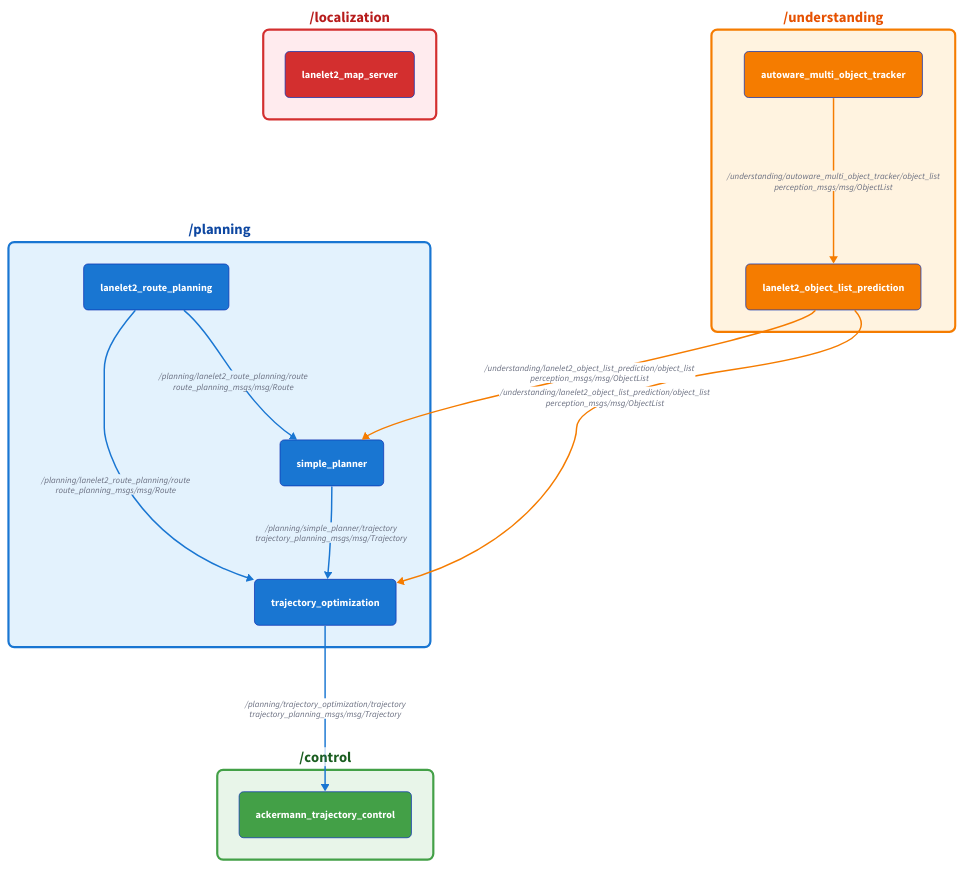
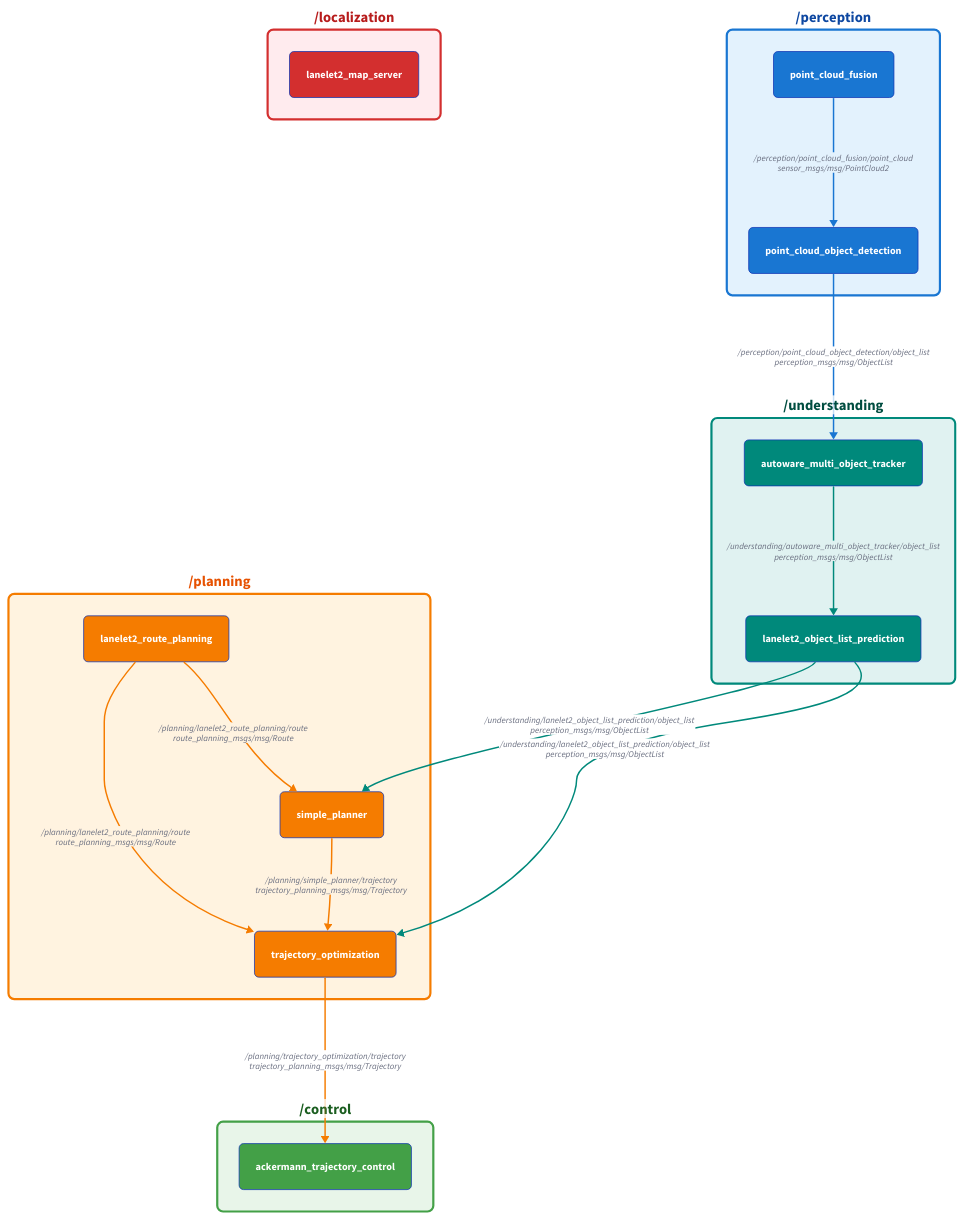
Before and after one commit to openads-project/openadstack: the diagram in docs/assets/ros2-graph-export.d2, drawn with D2. The commit also changed 2 other files, not shown here.

Commit message:
update ros2 graph export

```diff
--- a/docs/assets/ros2-graph-export.d2
+++ b/docs/assets/ros2-graph-export.d2
@@ -1,147 +1,180 @@
 # Auto-generated ROS graph from ros2_graph_export
-# generated_at: 2026-07-21 15:56:20+0200
-# nodes: 7, topics: 35, edges: 7
+# generated_at: 2026-07-22 10:19:03+0200
+# nodes: 9, topics: 48, edges: 9
 
 direction: down
 
 vars: {
   d2-legend: {
     style.fill: "#f8f9ff"
     style.font-color: "#334155"
     style.border-radius: 8
     style.font-size: 14
-    nodes: "Nodes: 7" {
+    nodes: "Nodes: 9" {
       style.fill: "#1f77b4"
       style.font-color: white
       style.border-radius: 6
       style.font-size: 13
     }
-    nodes -> nodes: "Topics: 7" {
+    nodes -> nodes: "Topics: 9" {
       style.stroke: "#17becf"
       style.font-size: 12
     }
   }
 }
 
 *.style.border-radius: 6
 *.style.font-size: 14
 ns_control: "/control" {
   style.fill: "#e8f5e9"
   style.font-color: "#1b5e20"
   style.border-radius: 8
   style.font-size: 20
   style.stroke: "#43a047"
   style.stroke-width: 3
   style.bold: true
 }
 ns_localization: "/localization" {
   style.fill: "#ffebee"
   style.font-color: "#b71c1c"
   style.border-radius: 8
   style.font-size: 20
   style.stroke: "#d32f2f"
   style.stroke-width: 3
   style.bold: true
 }
-ns_planning: "/planning" {
+ns_perception: "/perception" {
   style.fill: "#e3f2fd"
   style.font-color: "#0d47a1"
   style.border-radius: 8
   style.font-size: 20
   style.stroke: "#1976d2"
   style.stroke-width: 3
   style.bold: true
 }
-ns_understanding: "/understanding" {
+ns_planning: "/planning" {
   style.fill: "#fff3e0"
   style.font-color: "#e65100"
   style.border-radius: 8
   style.font-size: 20
   style.stroke: "#f57c00"
+  style.stroke-width: 3
+  style.bold: true
+}
+ns_understanding: "/understanding" {
+  style.fill: "#e0f2f1"
+  style.font-color: "#004d40"
+  style.border-radius: 8
+  style.font-size: 20
+  style.stroke: "#00897b"
   style.stroke-width: 3
   style.bold: true
 }
 ns_control.ackermann_trajectory_control: "ackermann_trajectory_control" {
   style.fill: "#43a047"
   style.font-color: white
   style.border-radius: 6
   style.font-size: 14
   style.stroke-width: 1
 }
 ns_localization.lanelet2_map_server: "lanelet2_map_server" {
   style.fill: "#d32f2f"
   style.font-color: white
   style.border-radius: 6
   style.font-size: 14
   style.stroke-width: 1
 }
-ns_planning.lanelet2_route_planning: "lanelet2_route_planning" {
+ns_perception.point_cloud_fusion: "point_cloud_fusion" {
   style.fill: "#1976d2"
   style.font-color: white
   style.border-radius: 6
   style.font-size: 14
   style.stroke-width: 1
 }
-ns_planning.simple_planner: "simple_planner" {
+ns_perception.point_cloud_object_detection: "point_cloud_object_detection" {
   style.fill: "#1976d2"
   style.font-color: white
   style.border-radius: 6
   style.font-size: 14
   style.stroke-width: 1
 }
+ns_planning.lanelet2_route_planning: "lanelet2_route_planning" {
+  style.fill: "#f57c00"
+  style.font-color: white
+  style.border-radius: 6
+  style.font-size: 14
+  style.stroke-width: 1
+}
+ns_planning.simple_planner: "simple_planner" {
+  style.fill: "#f57c00"
+  style.font-color: white
+  style.border-radius: 6
+  style.font-size: 14
+  style.stroke-width: 1
+}
 ns_planning.trajectory_optimization: "trajectory_optimization" {
-  style.fill: "#1976d2"
+  style.fill: "#f57c00"
   style.font-color: white
   style.border-radius: 6
   style.font-size: 14
   style.stroke-width: 1
 }
 ns_understanding.autoware_multi_object_tracker: "autoware_multi_object_tracker" {
-  style.fill: "#f57c00"
+  style.fill: "#00897b"
   style.font-color: white
   style.border-radius: 6
   style.font-size: 14
   style.stroke-width: 1
 }
 ns_understanding.lanelet2_object_list_prediction: "lanelet2_object_list_prediction" {
-  style.fill: "#f57c00"
+  style.fill: "#00897b"
   style.font-color: white
   style.border-radius: 6
   style.font-size: 14
   style.stroke-width: 1
 }
-ns_planning.lanelet2_route_planning -> ns_planning.simple_planner: "/planning/lanelet2_route_planning/route\nroute_planning_msgs/msg/Route" {
+ns_perception.point_cloud_fusion -> ns_perception.point_cloud_object_detection: "/perception/point_cloud_fusion/point_cloud\nsensor_msgs/msg/PointCloud2" {
+  style.stroke: "#1976d2"
+  style.stroke-width: 2
+  style.font-size: 12
+}
+ns_perception.point_cloud_object_detection -> ns_understanding.autoware_multi_object_tracker: "/perception/point_cloud_object_detection/object_list\nperception_msgs/msg/ObjectList" {
   style.stroke: "#1976d2"
   style.stroke-width: 2
   style.font-size: 12
 }
 ns_planning.lanelet2_route_planning -> ns_planning.trajectory_optimization: "/planning/lanelet2_route_planning/route\nroute_planning_msgs/msg/Route" {
-  style.stroke: "#1976d2"
+  style.stroke: "#f57c00"
+  style.stroke-width: 2
+  style.font-size: 12
+}
+ns_planning.lanelet2_route_planning -> ns_planning.simple_planner: "/planning/lanelet2_route_planning/route\nroute_planning_msgs/msg/Route" {
+  style.stroke: "#f57c00"
   style.stroke-width: 2
   style.font-size: 12
 }
 ns_planning.simple_planner -> ns_planning.trajectory_optimization: "/planning/simple_planner/trajectory\ntrajectory_planning_msgs/msg/Trajectory" {
-  style.stroke: "#1976d2"
+  style.stroke: "#f57c00"
   style.stroke-width: 2
   style.font-size: 12
 }
 ns_planning.trajectory_optimization -> ns_control.ackermann_trajectory_control: "/planning/trajectory_optimization/trajectory\ntrajectory_planning_msgs/msg/Trajectory" {
-  style.stroke: "#1976d2"
+  style.stroke: "#f57c00"
   style.stroke-width: 2
   style.font-size: 12
 }
 ns_understanding.autoware_multi_object_tracker -> ns_understanding.lanelet2_object_list_prediction: "/understanding/autoware_multi_object_tracker/object_list\nperception_msgs/msg/ObjectList" {
-  style.stroke: "#f57c00"
+  style.stroke: "#00897b"
+  style.stroke-width: 2
+  style.font-size: 12
+}
+ns_understanding.lanelet2_object_list_prediction -> ns_planning.trajectory_optimization: "/understanding/lanelet2_object_list_prediction/object_list\nperception_msgs/msg/ObjectList" {
+  style.stroke: "#00897b"
   style.stroke-width: 2
   style.font-size: 12
 }
 ns_understanding.lanelet2_object_list_prediction -> ns_planning.simple_planner: "/understanding/lanelet2_object_list_prediction/object_list\nperception_msgs/msg/ObjectList" {
-  style.stroke: "#f57c00"
+  style.stroke: "#00897b"
   style.stroke-width: 2
   style.font-size: 12
 }
-ns_understanding.lanelet2_object_list_prediction -> ns_planning.trajectory_optimization: "/understanding/lanelet2_object_list_prediction/object_list\nperception_msgs/msg/ObjectList" {
-  style.stroke: "#f57c00"
-  style.stroke-width: 2
-  style.font-size: 12
-}
```
